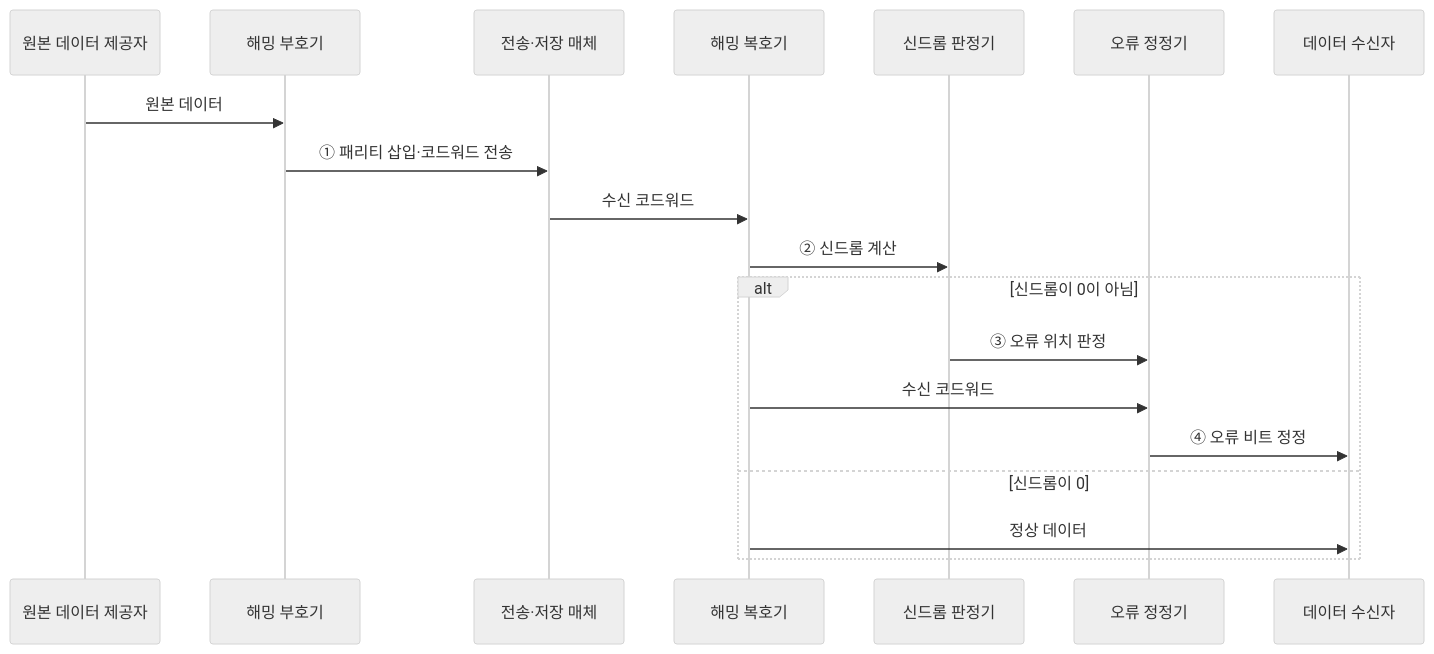
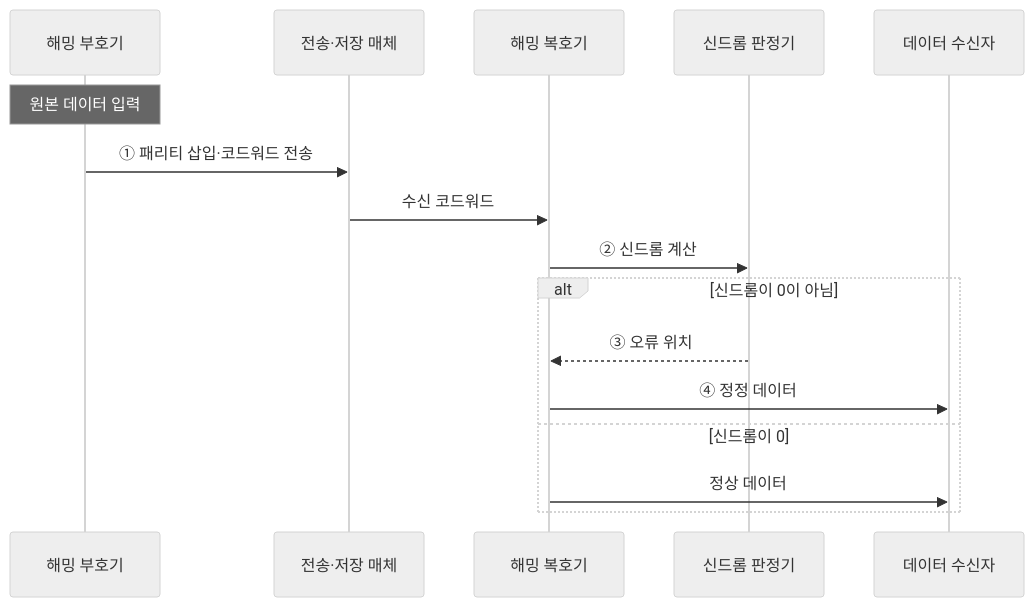
The third of 3 diagrams in src/content/docs/notes/01-basic-theory/028_hamming_code.md (agnusdei1207/knowledge-base), drawn with Mermaid (neutral theme) before and after one commit. The commit also changed other lines of this file and 20 other files, not shown here.

````diff
--- a/src/content/docs/notes/01-basic-theory/028_hamming_code.md
+++ b/src/content/docs/notes/01-basic-theory/028_hamming_code.md
@@ -96,21 +93,18 @@
 ```mermaid
 sequenceDiagram
-    participant I as 원본 데이터 제공자
     participant E as 해밍 부호기
     participant M as 전송·저장 매체
     participant D as 해밍 복호기
     participant S as 신드롬 판정기
-    participant C as 오류 정정기
     participant O as 데이터 수신자
-    I->>E: 원본 데이터
+    Note over E: 원본 데이터 입력
     E->>M: ① 패리티 삽입·코드워드 전송
     M->>D: 수신 코드워드
     D->>S: ② 신드롬 계산
     alt 신드롬이 0이 아님
-        S->>C: ③ 오류 위치 판정
-        D->>C: 수신 코드워드
-        C->>O: ④ 오류 비트 정정
+        S-->>D: ③ 오류 위치
+        D->>O: ④ 정정 데이터
     else 신드롬이 0
         D->>O: 정상 데이터
     end
 ```
````
